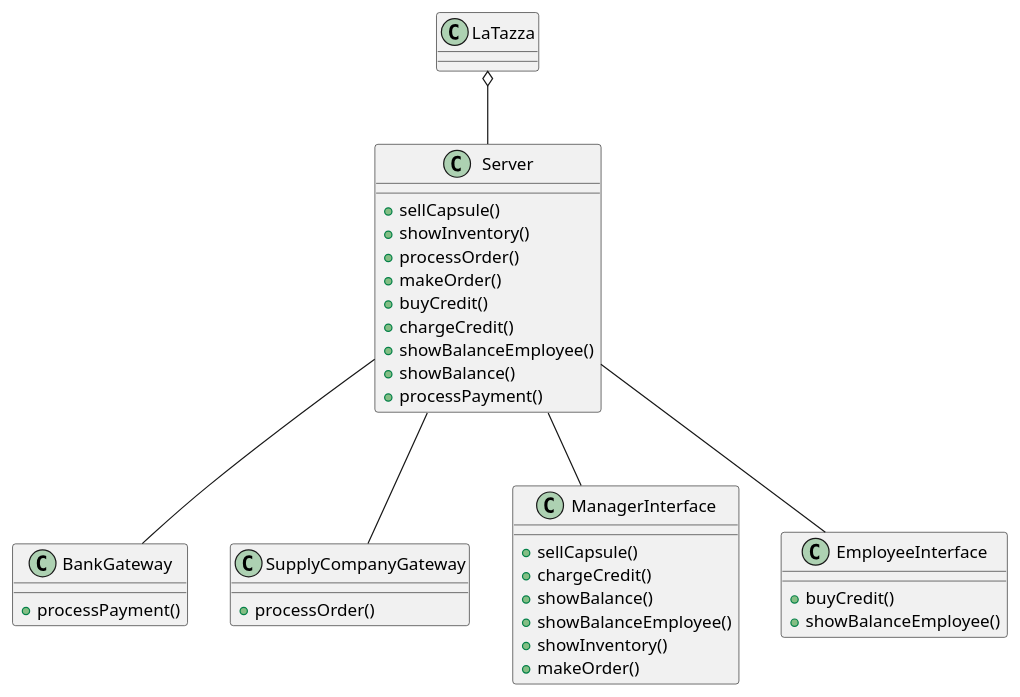
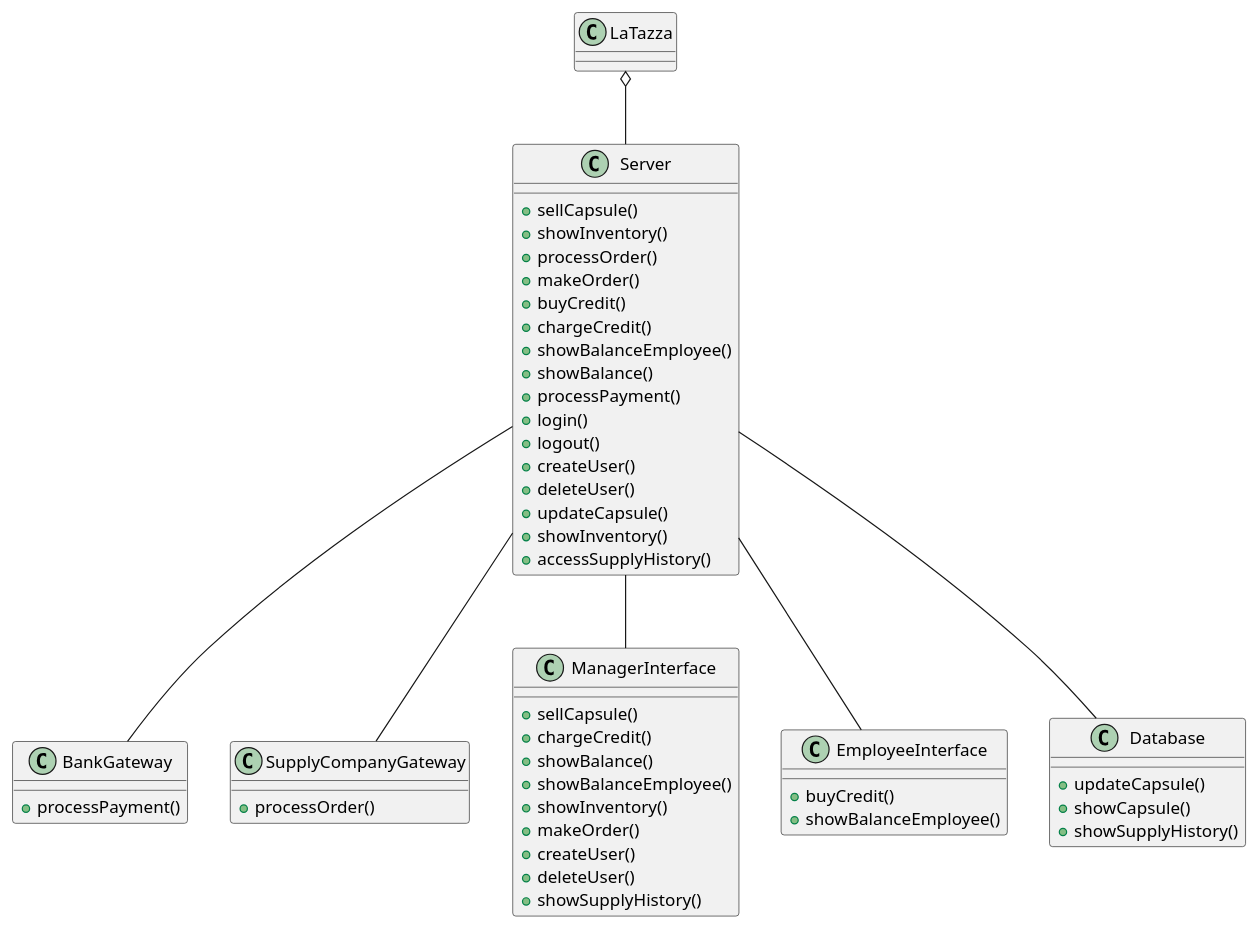
Before and after one commit to roypaulin/laTazza: the fourth of 4 diagrams in Project/Requirements/RequirementDocument.md, drawn with PlantUML.

Commit message:
update System Design

````diff
--- a/Project/Requirements/RequirementDocument.md
+++ b/Project/Requirements/RequirementDocument.md
@@ -398,51 +398,68 @@
 ```plantuml
 class LaTazza{
 
 }
 
 class Server{
   /' management Capsule '/
   +sellCapsule()
   +showInventory()
   /' SupplyCompany related functions '/
   +processOrder()
   +makeOrder()
   /' management Credit '/
   +buyCredit()
   +chargeCredit()
   +showBalanceEmployee()
   /' LaTazza balance'/
   +showBalance()
   /' BankingSystem related functions '/
   +processPayment()
-
+  +login()
+  +logout()
+  +createUser()
+  +deleteUser()
+  +updateCapsule()
+  +showInventory()
+  +accessSupplyHistory()
 }
 
 class BankGateway{
   +processPayment()
 }
 
 class SupplyCompanyGateway{
   +processOrder()
 }
 
 class ManagerInterface{
   +sellCapsule()
   +chargeCredit()
   +showBalance()
   +showBalanceEmployee()
   +showInventory()
   +makeOrder()
+  +createUser()
+  +deleteUser()
+  +showSupplyHistory()
 }
 
 class EmployeeInterface{
   +buyCredit()
   +showBalanceEmployee()
 }
 
+class Database{
+  +updateCapsule()
+  +showCapsule()
+  +showSupplyHistory()
+}
+
+
 LaTazza o--  Server
 Server -- BankGateway
 Server -- ManagerInterface
 Server -- EmployeeInterface
 Server -- SupplyCompanyGateway
+Server -- Database
 ```
````
